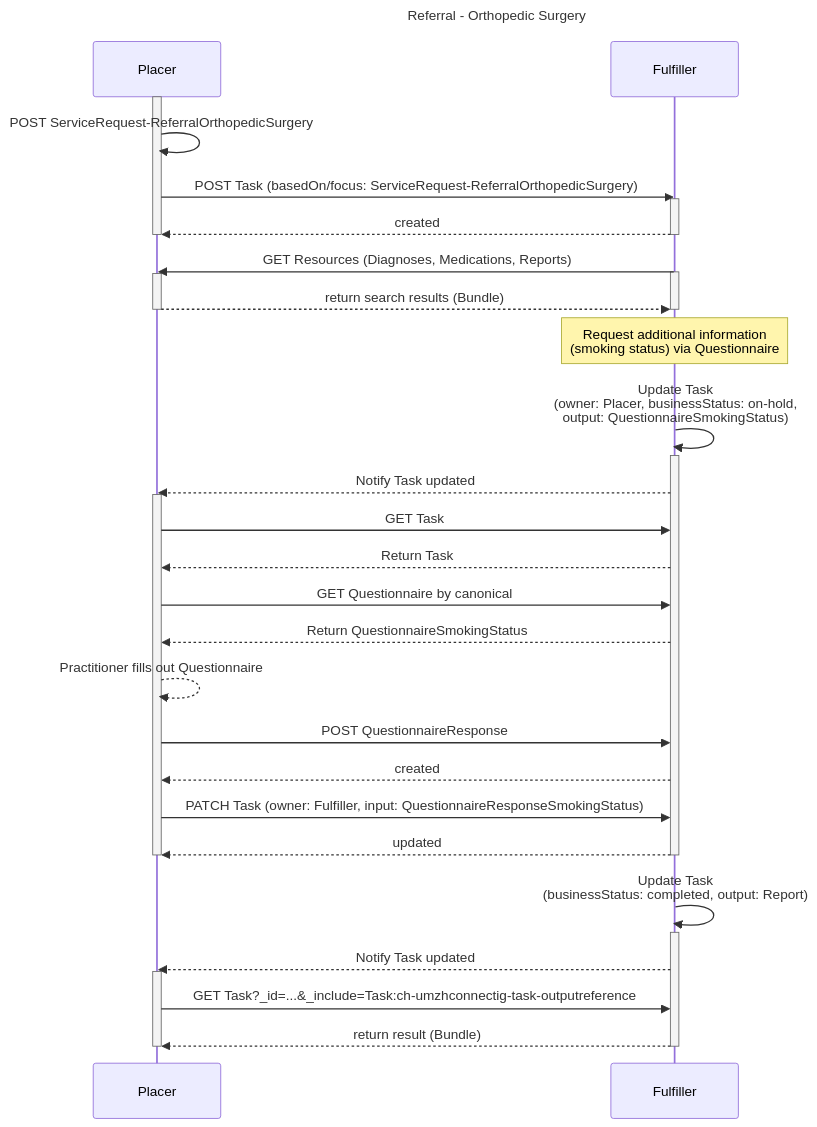
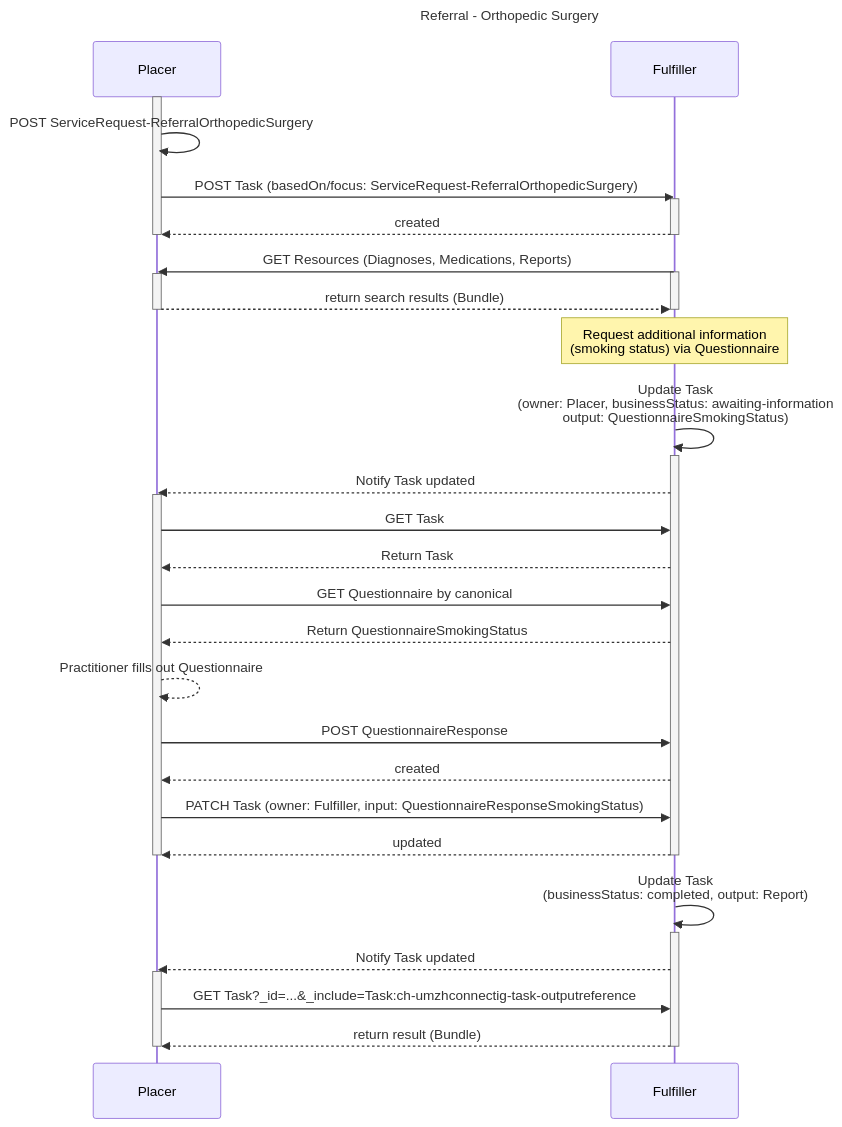
One commit to umzhconnect/umzhconnect-ig changed the diagram in input/pagecontent/usecase-referral-orthopedic.md. Above: the diagram before and after it, drawn with Mermaid. The commit also changed other lines of this file and 10 other files, not shown here.

````diff
--- a/input/pagecontent/usecase-referral-orthopedic.md
+++ b/input/pagecontent/usecase-referral-orthopedic.md
@@ -18,49 +18,49 @@
 ```mermaid
 sequenceDiagram
     title Referral - Orthopedic Surgery
 
     participant Placer as Placer
     participant Fulfiller as Fulfiller
     activate Placer
     Placer->>Placer: POST ServiceRequest-ReferralOrthopedicSurgery
     Placer->>Fulfiller: POST Task (basedOn/focus: ServiceRequest-ReferralOrthopedicSurgery)
     activate Fulfiller
     Fulfiller-->>Placer: created
     deactivate Placer
     deactivate Fulfiller
 
     Fulfiller->>Placer: GET Resources (Diagnoses, Medications, Reports)
     activate Fulfiller
     activate Placer
     Placer-->>Fulfiller: return search results (Bundle)
     deactivate Fulfiller
     deactivate Placer
 
     Note over Fulfiller: Request additional information<br/>(smoking status) via Questionnaire
-    Fulfiller->>Fulfiller: Update Task<br/>(owner: Placer, businessStatus: on-hold,<br/>output: QuestionnaireSmokingStatus)
+    Fulfiller->>Fulfiller: Update Task<br/>(owner: Placer, businessStatus: awaiting-information<br/>output: QuestionnaireSmokingStatus)
     activate Fulfiller
     Fulfiller-->>Placer: Notify Task updated
     activate Placer
     Placer->>Fulfiller: GET Task
     Fulfiller-->>Placer: Return Task
     Placer->>Fulfiller: GET Questionnaire by canonical
     Fulfiller-->>Placer: Return QuestionnaireSmokingStatus
     Placer-->>Placer: Practitioner fills out Questionnaire
     Placer->>Fulfiller: POST QuestionnaireResponse
     Fulfiller-->>Placer: created
     Placer->>Fulfiller: PATCH Task (owner: Fulfiller, input: QuestionnaireResponseSmokingStatus)
     Fulfiller-->>Placer: updated
     deactivate Placer
     deactivate Fulfiller
 
     Fulfiller->>Fulfiller: Update Task<br/>(businessStatus: completed, output: Report)
     activate Fulfiller
     Fulfiller-->>Placer: Notify Task updated
     activate Placer
     Placer->> Fulfiller: GET Task?_id=...&_include=Task:ch-umzhconnectig-task-outputreference
     Fulfiller-->>Placer: return result (Bundle)
     deactivate Placer
     deactivate Fulfiller
 
 
 ```
````
